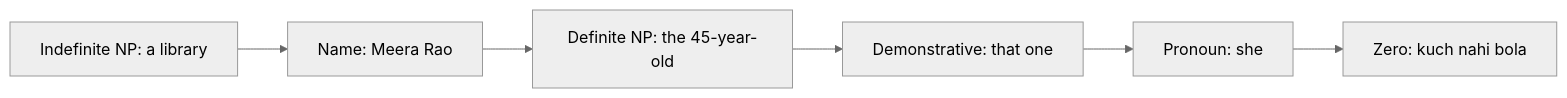
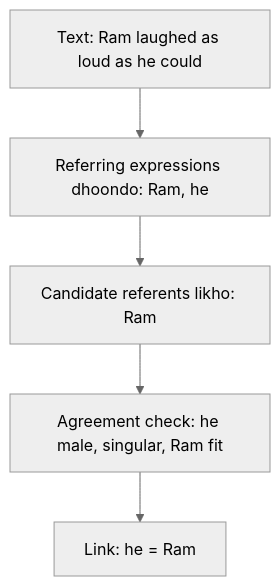
The second of 3 diagrams in content/natural-language-processing/notes/discourse-reference.hi.mdx (TrendySloth1001/sem-seven-notes), drawn with Mermaid (neutral theme) before and after one commit. The commit also changed other lines of this file and 406 other files, not shown here.

````diff
--- a/content/natural-language-processing/notes/discourse-reference.hi.mdx
+++ b/content/natural-language-processing/notes/discourse-reference.hi.mdx
@@ -154,9 +91,8 @@
 ```mermaid
-%% caption: Referring expressions, sabse informative (nayi cheezein) se sabse kam informative (bahut familiar cheezein) tak. Cheez jitni familiar, expression utna chhota. Ye Jurafsky and Martin ke "information status" idea ko follow karta hai.
-flowchart LR
-  A["Indefinite NP: a library"] --> B["Name: Meera Rao"]
-  B --> C["Definite NP: the 45-year-old"]
-  C --> D["Demonstrative: that one"]
-  D --> E["Pronoun: she"]
-  E --> F["Zero: kuch nahi bola"]
+%% caption: Reference resolution chaar steps mein, example Ram laughed as loud as he could pe.
+flowchart TD
+  A["Text: Ram laughed as loud as he could"] --> B["Referring expressions dhoondo: Ram, he"]
+  B --> C["Candidate referents likho: Ram"]
+  C --> D["Agreement check: he male, singular, Ram fit"]
+  D --> E["Link: he = Ram"]
 ```
````
